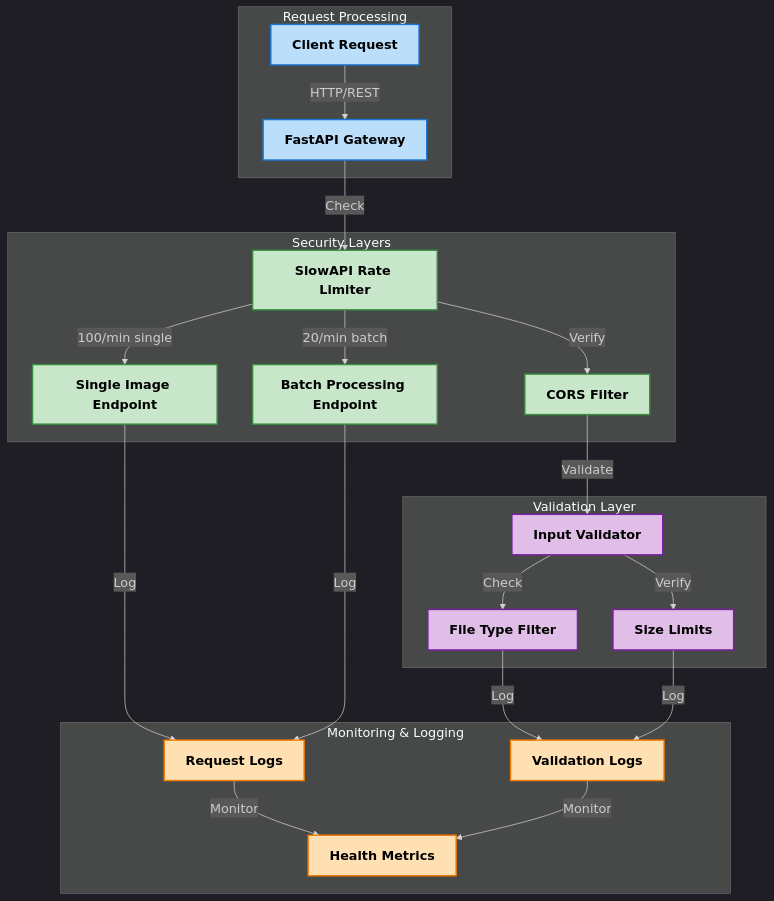
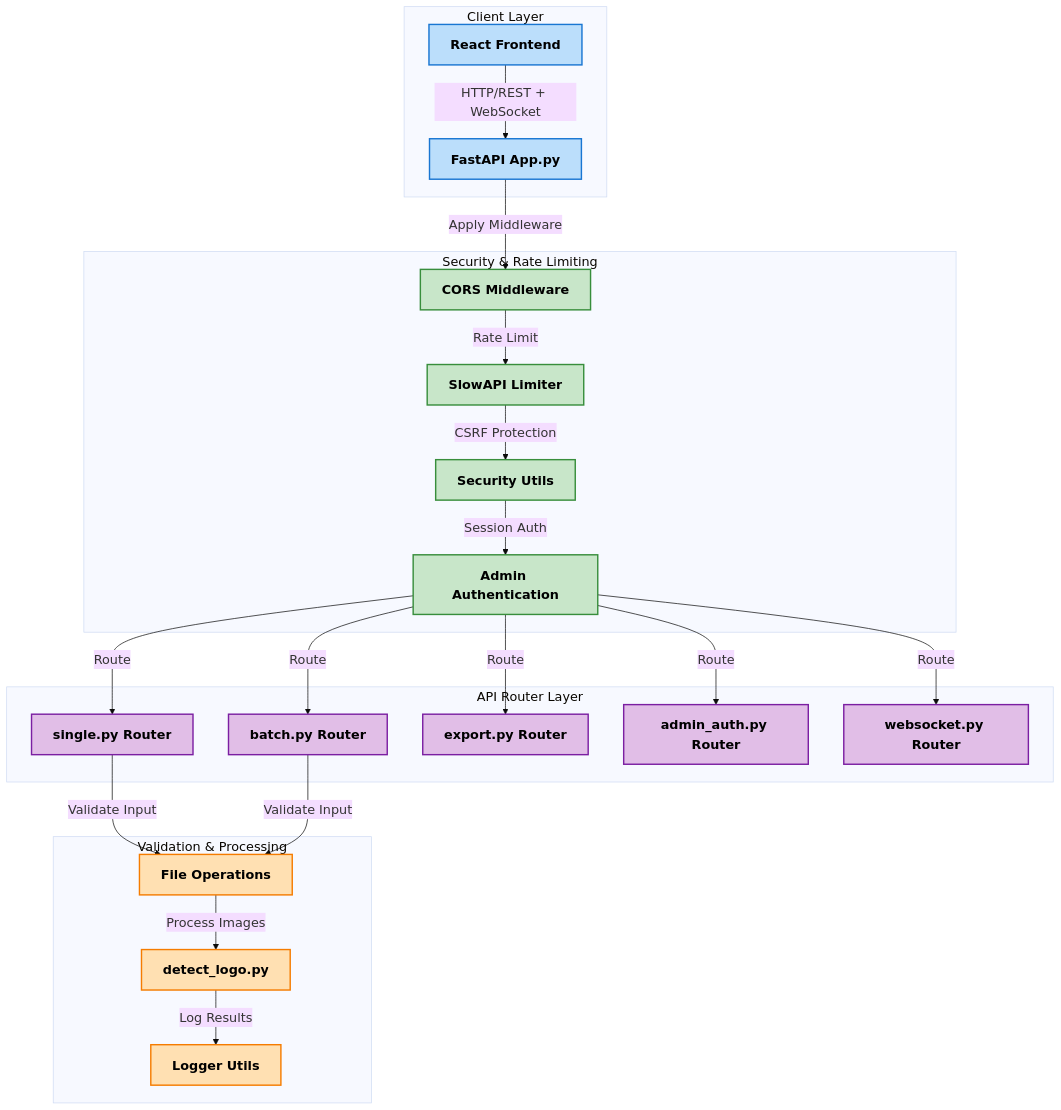
Before and after one commit to Dhruv0306/SymphonyProject1: the diagram in docs/images/Authentication & API Security Flow.mmd, drawn with Mermaid. The commit also changed 38 other files, not shown here.

Commit message:
docs: update documentation for WebSocket heartbeat and scheduler startup- Documented WebSocket heartbeat timeout mechanism- Added notes on scheduler initialization in startup event- Improved inline comments and logging descriptions for clarity

```diff
--- a/docs/images/Authentication & API Security Flow.mmd
+++ b/docs/images/Authentication & API Security Flow.mmd
@@ -1,36 +1,40 @@
-%%{init: {'theme': 'dark', 'themeVariables': { 'fontFamily': 'arial', 'fontSize': '18px', 'fontWeight': 'bold'}}}%%
+%%{init: {'theme': 'base', 'themeVariables': { 'fontFamily': 'arial', 'fontSize': '18px', 'fontWeight': 'bold'}}}%%
 graph TD
-    subgraph "Request Processing"
+    subgraph "Client Layer"
         style A fill:#bbdefb,stroke:#1976d2,stroke-width:2px,color:#000000,font-weight:bold
-        style B fill:#bbdefb,stroke:#1976d2,stroke-width:2px,color:#000000,font-weight:bold
-        A[Client Request] -->|"HTTP/REST"| B[FastAPI Gateway]
+        style A1 fill:#bbdefb,stroke:#1976d2,stroke-width:2px,color:#000000,font-weight:bold
+        A[React Frontend] -->|"HTTP/REST + WebSocket"| A1[FastAPI App.py]
     end
 
-    subgraph "Security Layers"
+    subgraph "Security & Rate Limiting"
+        style B fill:#c8e6c9,stroke:#388e3c,stroke-width:2px,color:#000000,font-weight:bold
         style C fill:#c8e6c9,stroke:#388e3c,stroke-width:2px,color:#000000,font-weight:bold
         style D fill:#c8e6c9,stroke:#388e3c,stroke-width:2px,color:#000000,font-weight:bold
         style E fill:#c8e6c9,stroke:#388e3c,stroke-width:2px,color:#000000,font-weight:bold
-        style F fill:#c8e6c9,stroke:#388e3c,stroke-width:2px,color:#000000,font-weight:bold
-        B -->|"Check"| C[SlowAPI Rate Limiter]
-        C -->|"100/min single"| D[Single Image Endpoint]
-        C -->|"20/min batch"| E[Batch Processing Endpoint]
-        C -->|"Verify"| F[CORS Filter]
+        A1 -->|"Apply Middleware"| B[CORS Middleware]
+        B -->|"Rate Limit"| C[SlowAPI Limiter]
+        C -->|"CSRF Protection"| D[Security Utils]
+        D -->|"Session Auth"| E[Admin Authentication]
     end
 
-    subgraph "Validation Layer"
-        style G fill:#e1bee7,stroke:#7b1fa2,stroke-width:2px,color:#000000,font-weight:bold
-        style H fill:#e1bee7,stroke:#7b1fa2,stroke-width:2px,color:#000000,font-weight:bold
-        style I fill:#e1bee7,stroke:#7b1fa2,stroke-width:2px,color:#000000,font-weight:bold
-        F -->|"Validate"| G[Input Validator]
-        G -->|"Check"| H[File Type Filter]
-        G -->|"Verify"| I[Size Limits]
+    subgraph "API Router Layer"
+        style F1 fill:#e1bee7,stroke:#7b1fa2,stroke-width:2px,color:#000000,font-weight:bold
+        style F2 fill:#e1bee7,stroke:#7b1fa2,stroke-width:2px,color:#000000,font-weight:bold
+        style F3 fill:#e1bee7,stroke:#7b1fa2,stroke-width:2px,color:#000000,font-weight:bold
+        style F4 fill:#e1bee7,stroke:#7b1fa2,stroke-width:2px,color:#000000,font-weight:bold
+        style F5 fill:#e1bee7,stroke:#7b1fa2,stroke-width:2px,color:#000000,font-weight:bold
+        E -->|"Route"| F1[single.py Router]
+        E -->|"Route"| F2[batch.py Router]
+        E -->|"Route"| F3[export.py Router]
+        E -->|"Route"| F4[admin_auth.py Router]
+        E -->|"Route"| F5[websocket.py Router]
     end
 
-    subgraph "Monitoring & Logging"
-        style J fill:#ffe0b2,stroke:#f57c00,stroke-width:2px,color:#000000,font-weight:bold
-        style K fill:#ffe0b2,stroke:#f57c00,stroke-width:2px,color:#000000,font-weight:bold
-        style L fill:#ffe0b2,stroke:#f57c00,stroke-width:2px,color:#000000,font-weight:bold
-        D & E -->|"Log"| J[Request Logs]
-        H & I -->|"Log"| K[Validation Logs]
-        J & K -->|"Monitor"| L[Health Metrics]
+    subgraph "Validation & Processing"
+        style G fill:#ffe0b2,stroke:#f57c00,stroke-width:2px,color:#000000,font-weight:bold
+        style H fill:#ffe0b2,stroke:#f57c00,stroke-width:2px,color:#000000,font-weight:bold
+        style I fill:#ffe0b2,stroke:#f57c00,stroke-width:2px,color:#000000,font-weight:bold
+        F1 & F2 -->|"Validate Input"| G[File Operations]
+        G -->|"Process Images"| H[detect_logo.py]
+        H -->|"Log Results"| I[Logger Utils]
     end 
```
